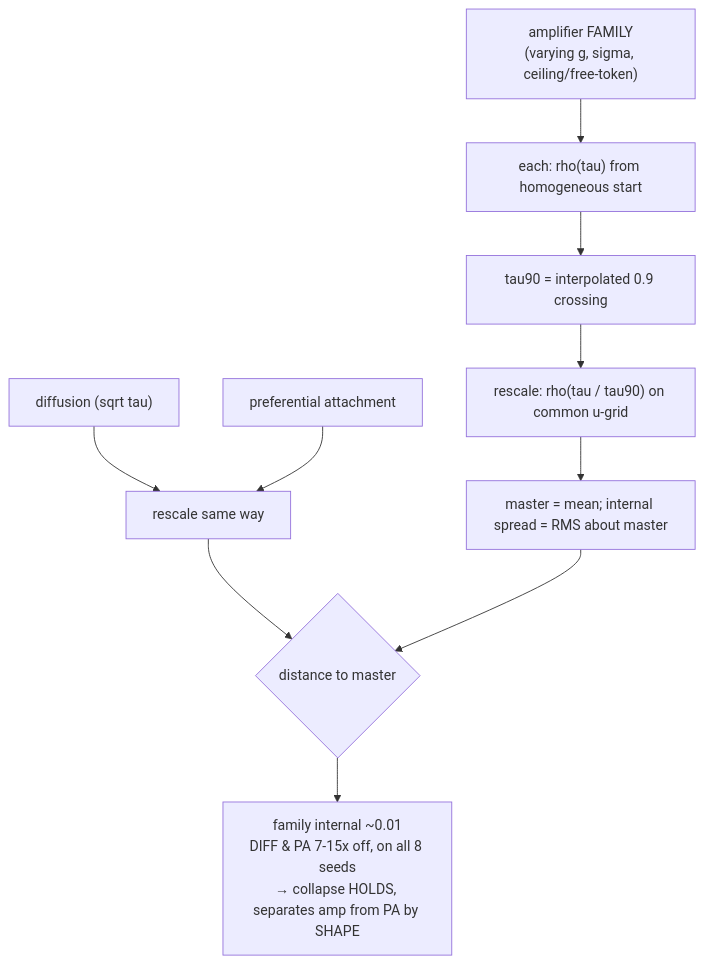
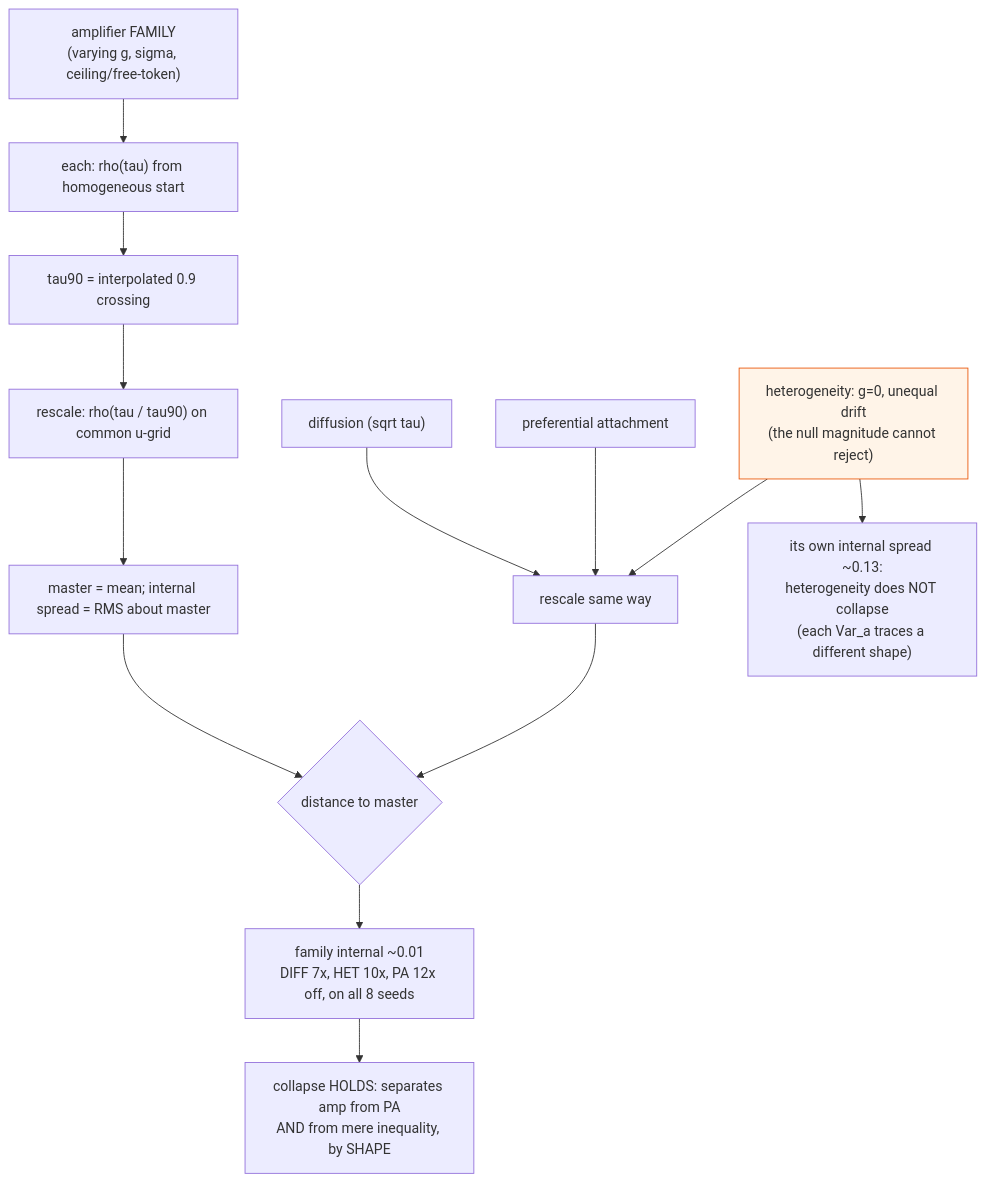
Before and after one commit to dkrse/symmetry-breaking-amplifier: diagram 17 of 20 in scripts/ALGORITHMS_DIAGRAMS.md, drawn with Mermaid. The commit also changed other lines of this file and 11 other files, not shown here.

````diff
--- a/scripts/ALGORITHMS_DIAGRAMS.md
+++ b/scripts/ALGORITHMS_DIAGRAMS.md
@@ -248,12 +248,16 @@
 ```mermaid
 flowchart TD
     A["amplifier FAMILY<br/>(varying g, sigma, ceiling/free-token)"] --> B["each: rho(tau) from homogeneous start"]
     B --> C["tau90 = interpolated 0.9 crossing"]
     C --> D["rescale: rho(tau / tau90) on common u-grid"]
     D --> E["master = mean; internal spread = RMS about master"]
     F["diffusion (sqrt tau)"] --> G["rescale same way"]
     H["preferential attachment"] --> G
+    HET["heterogeneity: g=0, unequal drift<br/>(the null magnitude cannot reject)"] --> G
     G --> I{"distance to master"}
     E --> I
-    I --> J["family internal ~0.01<br/>DIFF & PA 7-15x off, on all 8 seeds<br/>→ collapse HOLDS, separates amp from PA by SHAPE"]
+    I --> J["family internal ~0.01<br/>DIFF 7x, HET 10x, PA 12x off, on all 8 seeds"]
+    J --> K["collapse HOLDS: separates amp from PA<br/>AND from mere inequality, by SHAPE"]
+    HET --> L["its own internal spread ~0.13:<br/>heterogeneity does NOT collapse<br/>(each Var_a traces a different shape)"]
+    style HET fill:#fff4e8,stroke:#ea580c
 ```
````
